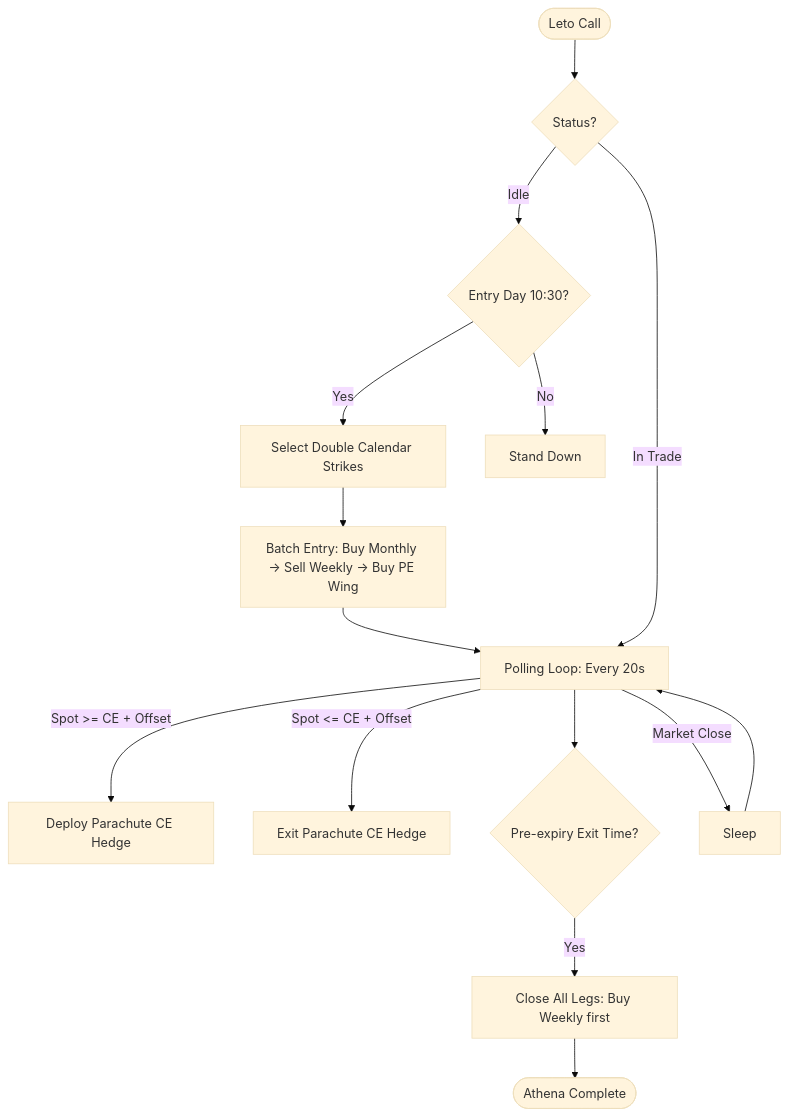
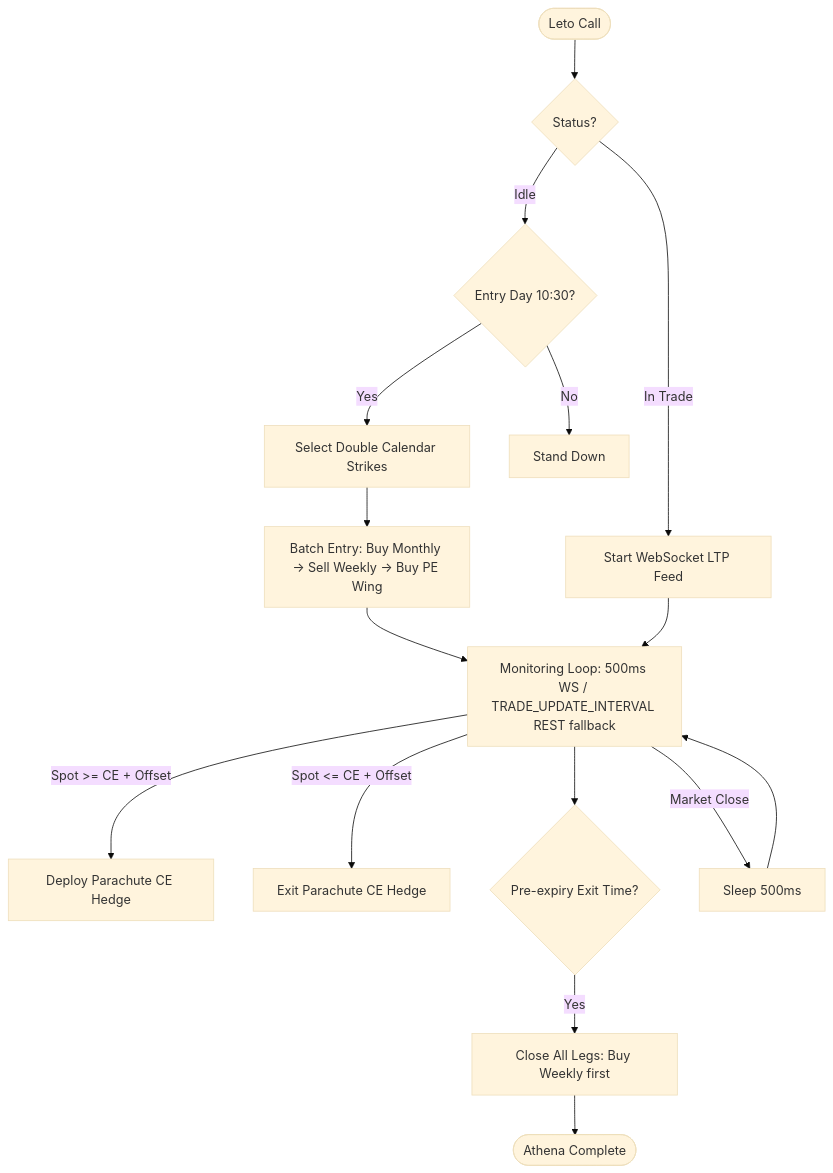
Before and after one commit to parijnan/algo-trading-lab: the diagram in athena_production/README.md, drawn with Mermaid (base theme). The commit also changed other lines of this file and 3 other files, not shown here.

Commit message:
Docs: Document WebSocket LTP feed across all strategy READMEs and root README

````diff
--- a/athena_production/README.md
+++ b/athena_production/README.md
@@ -38,23 +38,24 @@
 ```mermaid
 graph TD
     Start([Leto Call]) --> Status{Status?}
     
     Status -- Idle --> DayCheck{Entry Day 10:30?}
     DayCheck -- Yes --> Strikes[Select Double Calendar Strikes]
     Strikes --> Entry[Batch Entry: Buy Monthly -> Sell Weekly -> Buy PE Wing]
-    Entry --> Poll[Polling Loop: Every 20s]
+    Entry --> Poll[Monitoring Loop: 500ms WS / TRADE_UPDATE_INTERVAL REST fallback]
     
-    Status -- In Trade --> Poll
+    Status -- In Trade --> WS[Start WebSocket LTP Feed]
+    WS --> Poll
     
     Poll -- Spot >= CE + Offset --> Hedge[Deploy Parachute CE Hedge]
     Poll -- Spot <= CE + Offset --> Unhedge[Exit Parachute CE Hedge]
     
     Poll --> ExitCheck{Pre-expiry Exit Time?}
     ExitCheck -- Yes --> Close[Close All Legs: Buy Weekly first]
     Close --> End([Athena Complete])
     
-    Poll -- Market Close --> Sleep[Sleep]
+    Poll -- Market Close --> Sleep[Sleep 500ms]
     Sleep --> Poll
     
     DayCheck -- No --> StandDown[Stand Down]
 ```
````
